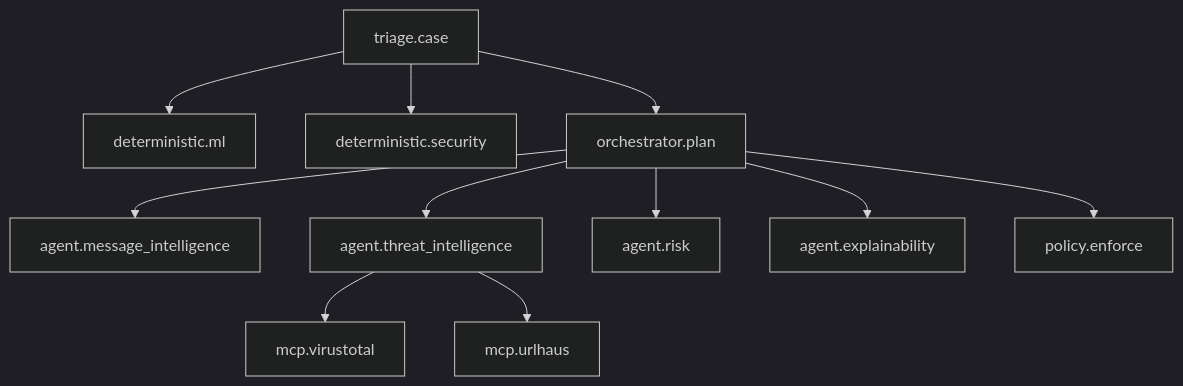
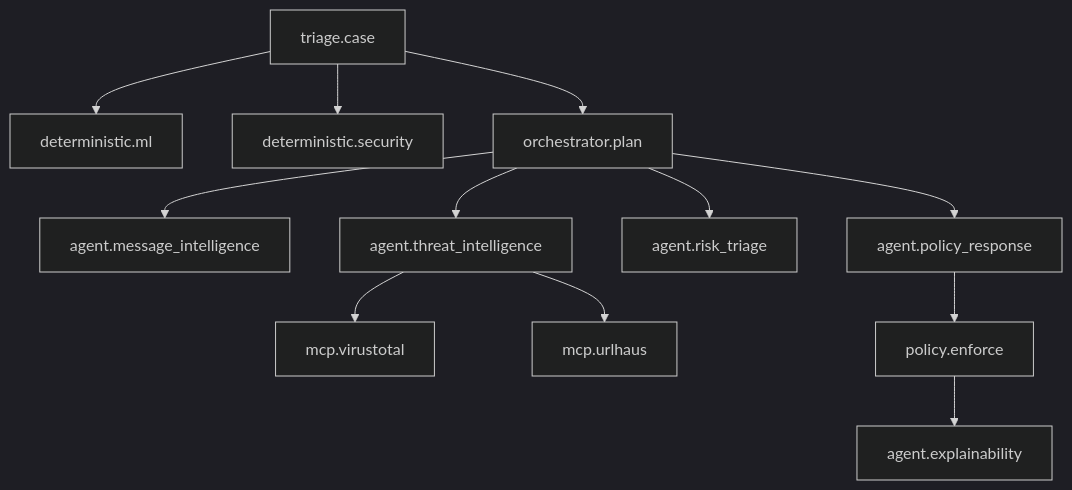
Diagram 11 of 15 in README.md (Manish927/agentic-threat-intelligence), drawn with Mermaid (dark theme) before and after one commit. The commit also changed other lines of this file, not shown here.

Commit message:
docs: refine Agentic Threat Intelligence architecture and README

````diff
--- a/README.md
+++ b/README.md
@@ -420,14 +632,20 @@
 ```mermaid
 flowchart TD
-    T[triage.case]
-    T --> M[deterministic.ml]
-    T --> S[deterministic.security]
-    T --> O[orchestrator.plan]
-    O --> MI[agent.message_intelligence]
-    O --> TI[agent.threat_intelligence]
-    TI --> VT[mcp.virustotal]
-    TI --> UH[mcp.urlhaus]
-    O --> R[agent.risk]
-    O --> E[agent.explainability]
-    O --> P[policy.enforce]
+    T["triage.case"]
+
+    T --> ML["deterministic.ml"]
+    T --> S["deterministic.security"]
+    T --> O["orchestrator.plan"]
+
+    O --> MI["agent.message_intelligence"]
+    O --> TI["agent.threat_intelligence"]
+
+    TI --> VT["mcp.virustotal"]
+    TI --> UH["mcp.urlhaus"]
+
+    O --> R["agent.risk_triage"]
+    O --> P["agent.policy_response"]
+
+    P --> PE["policy.enforce"]
+    PE --> X["agent.explainability"]
 ```
````
